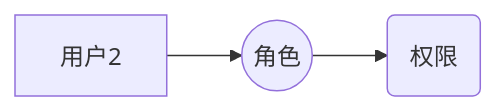
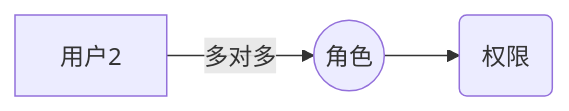
The diagram in 个人博客/note/RBAC模型的数据库设计.md (gZeyu/note), drawn with Mermaid before and after one commit. The commit also changed other lines of this file, not shown here.

Commit message:
个人博客/note/RBAC模型的数据库设计.md updated from https://stackedit.io/

````diff
--- a/个人博客/note/RBAC模型的数据库设计.md
+++ b/个人博客/note/RBAC模型的数据库设计.md
@@ -5,5 +5,5 @@
 ```mermaid
 graph LR
-U[用户2] --> R((角色)) 
+U[用户2] --多对多--> R((角色)) 
 R((角色)) --> P(权限)
 ```
````
